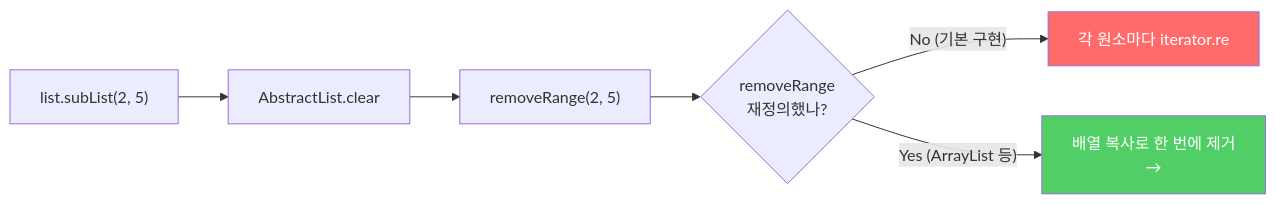
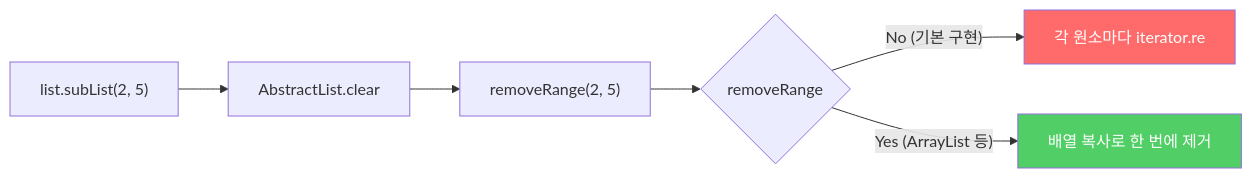
The third of 6 diagrams in _posts/java/2022-01-03-effective-java19.md (yjkim2015/yjkim2015.github.io), drawn with Mermaid before and after one commit. The commit also changed other lines of this file and 217 other files, not shown here.

First line of the commit message:
Mermaid 크기 수정: useMaxWidth:true + SVG max-width:100% + 라벨 축소

````diff
--- a/_posts/java/2022-01-03-effective-java19.md
+++ b/_posts/java/2022-01-03-effective-java19.md
@@ -86,10 +86,10 @@
 ```mermaid
 graph LR
     A["list.subList(2, 5)"] --> B["AbstractList.clear"]
     B --> C["removeRange(2, 5)"]
-    C --> D{"removeRange\n재정의했나?"}
+    C --> D{"removeRange"}
     D -->|"No (기본 구현)"| E["각 원소마다 iterator.re"]
-    D -->|"Yes (ArrayList 등)"| F["배열 복사로 한 번에 제거\n→"]
+    D -->|"Yes (ArrayList 등)"| F["배열 복사로 한 번에 제거"]
     style E fill:#ff6b6b,color:#fff
     style F fill:#51cf66,color:#fff
 ```
````
